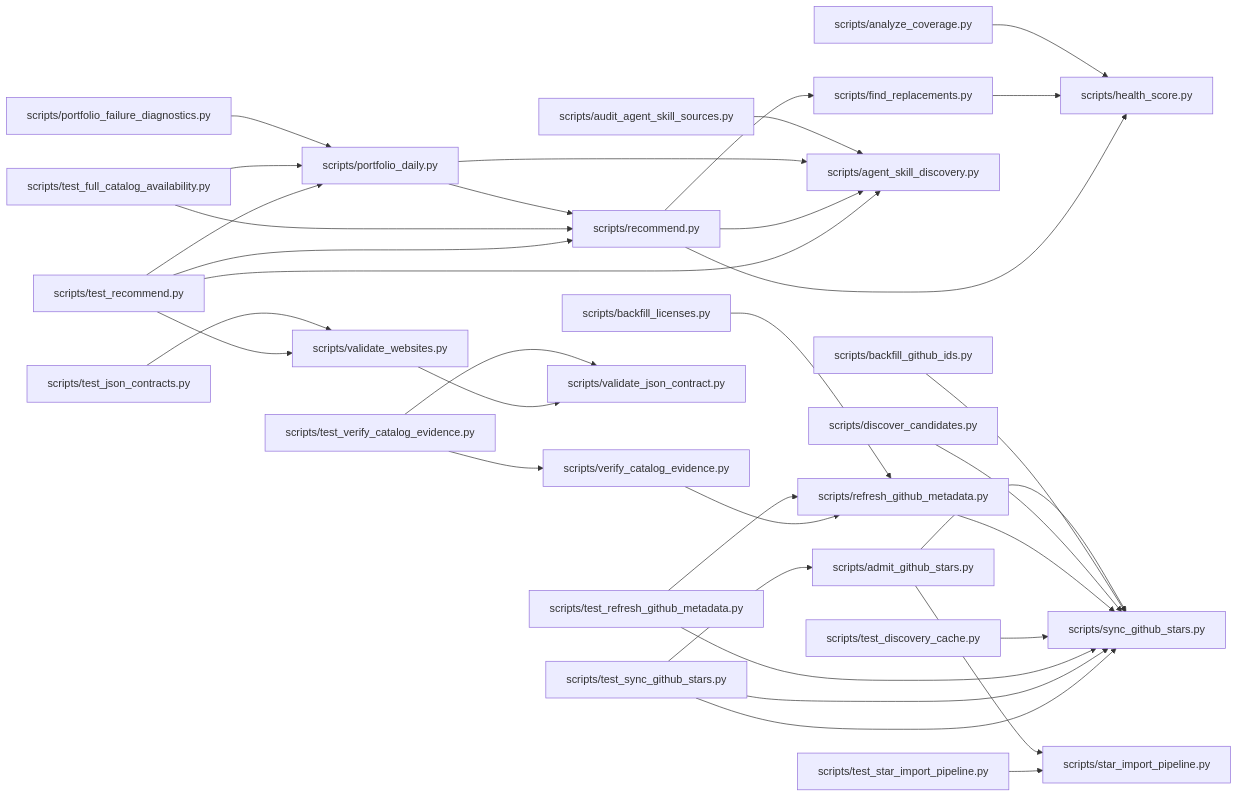
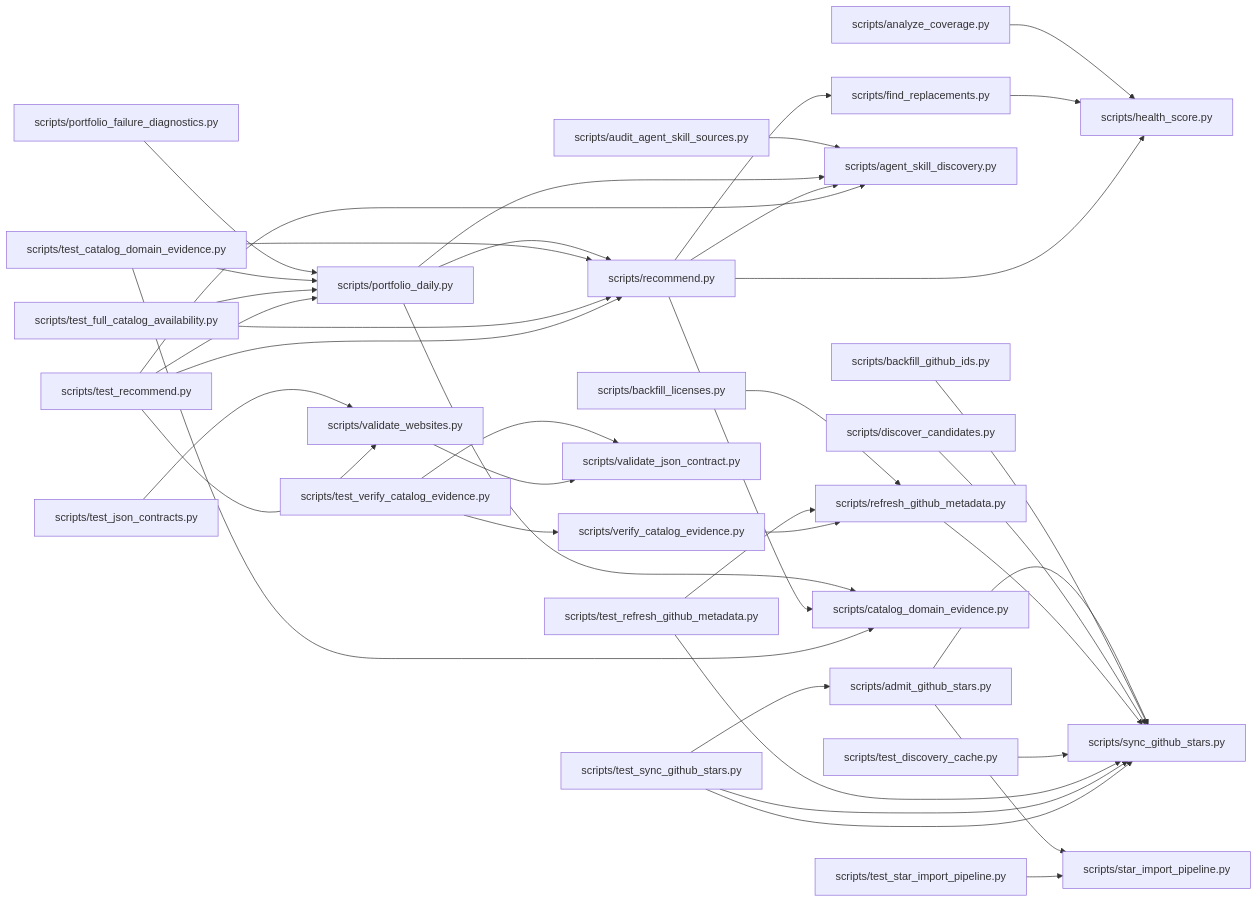
Before and after one commit to dbrckk/star-list: the diagram in .ai/brain/architecture.mmd, drawn with Mermaid. The commit also changed 84 other files, not shown here.

```diff
--- a/.ai/brain/architecture.mmd
+++ b/.ai/brain/architecture.mmd
@@ -1,34 +1,39 @@
 flowchart LR
   n8d03612ec4["scripts/admit_github_stars.py"] --> n83b2d4016a["scripts/star_import_pipeline.py"]
   n8d03612ec4["scripts/admit_github_stars.py"] --> n9ec765cbfe["scripts/sync_github_stars.py"]
   n493b546fce["scripts/analyze_coverage.py"] --> n61da7feb3f["scripts/health_score.py"]
   nf8bb101102["scripts/audit_agent_skill_sources.py"] --> n6f6651784c["scripts/agent_skill_discovery.py"]
   n492d5ac0a2["scripts/backfill_github_ids.py"] --> n9ec765cbfe["scripts/sync_github_stars.py"]
   nbea452dbc9["scripts/backfill_licenses.py"] --> n673a0bb367["scripts/refresh_github_metadata.py"]
   n19fd372d41["scripts/discover_candidates.py"] --> n9ec765cbfe["scripts/sync_github_stars.py"]
   n3c5af248bc["scripts/find_replacements.py"] --> n61da7feb3f["scripts/health_score.py"]
   n9c65ddcee9["scripts/portfolio_daily.py"] --> n6f6651784c["scripts/agent_skill_discovery.py"]
+  n9c65ddcee9["scripts/portfolio_daily.py"] --> n3273839e7c["scripts/catalog_domain_evidence.py"]
   n9c65ddcee9["scripts/portfolio_daily.py"] --> n6b33751c21["scripts/recommend.py"]
   nc1854cfb67["scripts/portfolio_failure_diagnostics.py"] --> n9c65ddcee9["scripts/portfolio_daily.py"]
   n6b33751c21["scripts/recommend.py"] --> n6f6651784c["scripts/agent_skill_discovery.py"]
+  n6b33751c21["scripts/recommend.py"] --> n3273839e7c["scripts/catalog_domain_evidence.py"]
   n6b33751c21["scripts/recommend.py"] --> n3c5af248bc["scripts/find_replacements.py"]
   n6b33751c21["scripts/recommend.py"] --> n61da7feb3f["scripts/health_score.py"]
   n673a0bb367["scripts/refresh_github_metadata.py"] --> n9ec765cbfe["scripts/sync_github_stars.py"]
+  ne204f959dc["scripts/test_catalog_domain_evidence.py"] --> n3273839e7c["scripts/catalog_domain_evidence.py"]
+  ne204f959dc["scripts/test_catalog_domain_evidence.py"] --> n9c65ddcee9["scripts/portfolio_daily.py"]
+  ne204f959dc["scripts/test_catalog_domain_evidence.py"] --> n6b33751c21["scripts/recommend.py"]
   n5d2467085c["scripts/test_discovery_cache.py"] --> n9ec765cbfe["scripts/sync_github_stars.py"]
   n4909bff5b8["scripts/test_full_catalog_availability.py"] --> n9c65ddcee9["scripts/portfolio_daily.py"]
   n4909bff5b8["scripts/test_full_catalog_availability.py"] --> n6b33751c21["scripts/recommend.py"]
   n116275bc4e["scripts/test_json_contracts.py"] --> nd96d7a95bb["scripts/validate_websites.py"]
   n351bd21466["scripts/test_recommend.py"] --> n6f6651784c["scripts/agent_skill_discovery.py"]
   n351bd21466["scripts/test_recommend.py"] --> n9c65ddcee9["scripts/portfolio_daily.py"]
   n351bd21466["scripts/test_recommend.py"] --> n6b33751c21["scripts/recommend.py"]
   n351bd21466["scripts/test_recommend.py"] --> nd96d7a95bb["scripts/validate_websites.py"]
   nfc3af7e38e["scripts/test_refresh_github_metadata.py"] --> n673a0bb367["scripts/refresh_github_metadata.py"]
   nfc3af7e38e["scripts/test_refresh_github_metadata.py"] --> n9ec765cbfe["scripts/sync_github_stars.py"]
   n0c8a572d8b["scripts/test_star_import_pipeline.py"] --> n83b2d4016a["scripts/star_import_pipeline.py"]
   n895eef35e5["scripts/test_sync_github_stars.py"] --> n8d03612ec4["scripts/admit_github_stars.py"]
   n895eef35e5["scripts/test_sync_github_stars.py"] --> n9ec765cbfe["scripts/sync_github_stars.py"]
   nf529075003["scripts/test_verify_catalog_evidence.py"] --> nbd2a675ab8["scripts/validate_json_contract.py"]
   nf529075003["scripts/test_verify_catalog_evidence.py"] --> n387ca81352["scripts/verify_catalog_evidence.py"]
   nd96d7a95bb["scripts/validate_websites.py"] --> nbd2a675ab8["scripts/validate_json_contract.py"]
   n387ca81352["scripts/verify_catalog_evidence.py"] --> n673a0bb367["scripts/refresh_github_metadata.py"]
   n895eef35e5["scripts/test_sync_github_stars.py"] --> n9ec765cbfe["scripts/sync_github_stars.py"]
```
